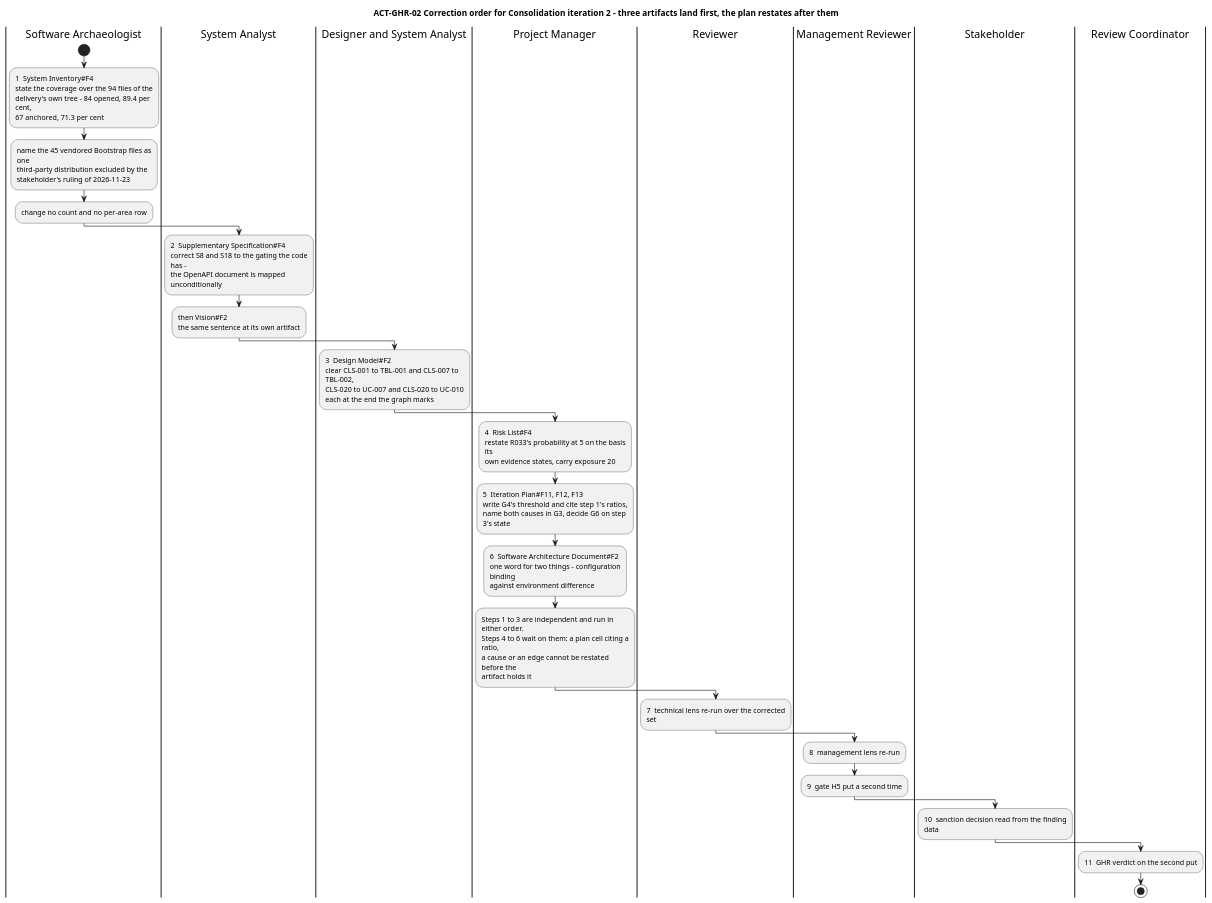
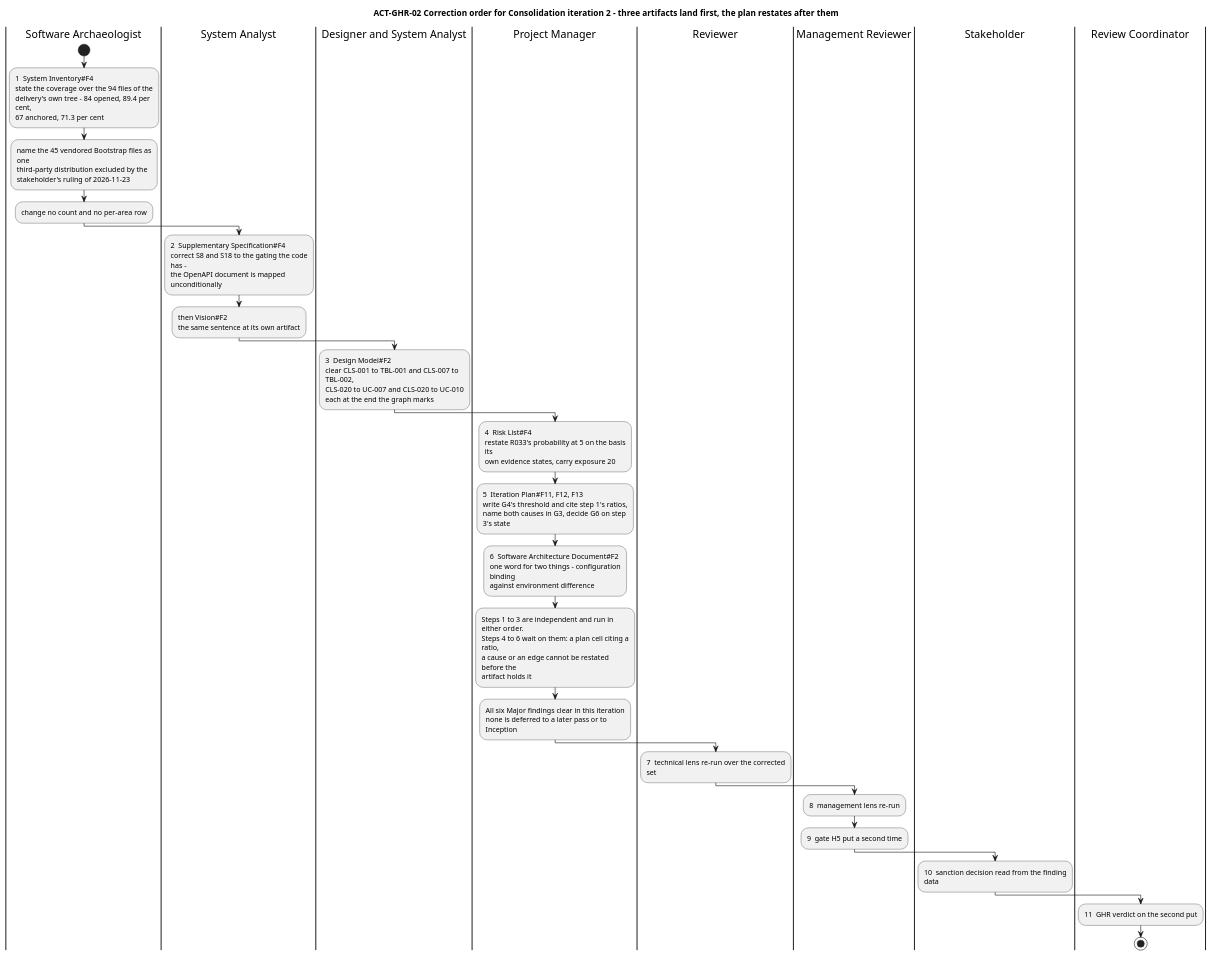
One commit to banense-test/TodoApp changed the seventh of 13 diagrams in docs/artifacts/project-management/review-record.md. Above: the diagram before and after it, drawn with PlantUML. The commit also changed other lines of this file, not shown here.

````diff
--- a/docs/artifacts/project-management/review-record.md
+++ b/docs/artifacts/project-management/review-record.md
@@ -783,60 +787,62 @@
 ```plantuml
 @startuml
 title ACT-GHR-02 Correction order for Consolidation iteration 2 - three artifacts land first, the plan restates after them
 skinparam shadowing false
 skinparam wrapWidth 250
 
 |Software Archaeologist|
 start
 :1  System Inventory#F4
 state the coverage over the 94 files of the
 delivery's own tree - 84 opened, 89.4 per cent,
 67 anchored, 71.3 per cent;
 :name the 45 vendored Bootstrap files as one
 third-party distribution excluded by the
 stakeholder's ruling of 2026-11-23;
 :change no count and no per-area row;
 
 |System Analyst|
 :2  Supplementary Specification#F4
 correct S8 and S18 to the gating the code has -
 the OpenAPI document is mapped unconditionally;
 :then Vision#F2
 the same sentence at its own artifact;
 
 |Designer and System Analyst|
 :3  Design Model#F2
 clear CLS-001 to TBL-001 and CLS-007 to TBL-002,
 CLS-020 to UC-007 and CLS-020 to UC-010
 each at the end the graph marks;
 
 |Project Manager|
 :4  Risk List#F4
 restate R033's probability at 5 on the basis its
 own evidence states, carry exposure 20;
 :5  Iteration Plan#F11, F12, F13
 write G4's threshold and cite step 1's ratios,
 name both causes in G3, decide G6 on step 3's state;
 :6  Software Architecture Document#F2
 one word for two things - configuration binding
 against environment difference;
 :Steps 1 to 3 are independent and run in either order.
 Steps 4 to 6 wait on them: a plan cell citing a ratio,
 a cause or an edge cannot be restated before the
 artifact holds it;
+:All six Major findings clear in this iteration
+none is deferred to a later pass or to Inception;
 
 |Reviewer|
 :7  technical lens re-run over the corrected set;
 
 |Management Reviewer|
 :8  management lens re-run;
 :9  gate H5 put a second time;
 
 |Stakeholder|
 :10  sanction decision read from the finding data;
 
 |Review Coordinator|
 :11  GHR verdict on the second put;
 stop
 @enduml
 ```
````
